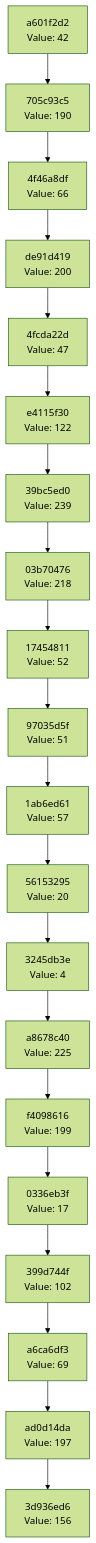
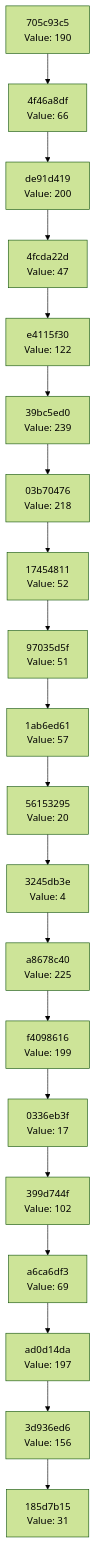
One commit to Abhisheksinha1506/hash-chain-evolver changed the diagram in docs/CHAIN_VISUALIZATION.md. Above: the diagram before and after it, drawn with Mermaid (forest theme). The commit also changed 2 other files, not shown here.

Commit message:
Evolution Step

````diff
--- a/docs/CHAIN_VISUALIZATION.md
+++ b/docs/CHAIN_VISUALIZATION.md
@@ -3,42 +3,42 @@
 ```mermaid
 graph TD
-    C0["3d936ed6<br/>Value: 156"]
-    C1["ad0d14da<br/>Value: 197"]
+    C0["185d7b15<br/>Value: 31"]
+    C1["3d936ed6<br/>Value: 156"]
     C1 --> C0
-    C2["a6ca6df3<br/>Value: 69"]
+    C2["ad0d14da<br/>Value: 197"]
     C2 --> C1
-    C3["399d744f<br/>Value: 102"]
+    C3["a6ca6df3<br/>Value: 69"]
     C3 --> C2
-    C4["0336eb3f<br/>Value: 17"]
+    C4["399d744f<br/>Value: 102"]
     C4 --> C3
-    C5["f4098616<br/>Value: 199"]
+    C5["0336eb3f<br/>Value: 17"]
     C5 --> C4
-    C6["a8678c40<br/>Value: 225"]
+    C6["f4098616<br/>Value: 199"]
     C6 --> C5
-    C7["3245db3e<br/>Value: 4"]
+    C7["a8678c40<br/>Value: 225"]
     C7 --> C6
-    C8["56153295<br/>Value: 20"]
+    C8["3245db3e<br/>Value: 4"]
     C8 --> C7
-    C9["1ab6ed61<br/>Value: 57"]
+    C9["56153295<br/>Value: 20"]
     C9 --> C8
-    C10["97035d5f<br/>Value: 51"]
+    C10["1ab6ed61<br/>Value: 57"]
     C10 --> C9
-    C11["17454811<br/>Value: 52"]
+    C11["97035d5f<br/>Value: 51"]
     C11 --> C10
-    C12["03b70476<br/>Value: 218"]
+    C12["17454811<br/>Value: 52"]
     C12 --> C11
-    C13["39bc5ed0<br/>Value: 239"]
+    C13["03b70476<br/>Value: 218"]
     C13 --> C12
-    C14["e4115f30<br/>Value: 122"]
+    C14["39bc5ed0<br/>Value: 239"]
     C14 --> C13
-    C15["4fcda22d<br/>Value: 47"]
+    C15["e4115f30<br/>Value: 122"]
     C15 --> C14
-    C16["de91d419<br/>Value: 200"]
+    C16["4fcda22d<br/>Value: 47"]
     C16 --> C15
-    C17["4f46a8df<br/>Value: 66"]
+    C17["de91d419<br/>Value: 200"]
     C17 --> C16
-    C18["705c93c5<br/>Value: 190"]
+    C18["4f46a8df<br/>Value: 66"]
     C18 --> C17
-    C19["a601f2d2<br/>Value: 42"]
+    C19["705c93c5<br/>Value: 190"]
     C19 --> C18
 ```
````
